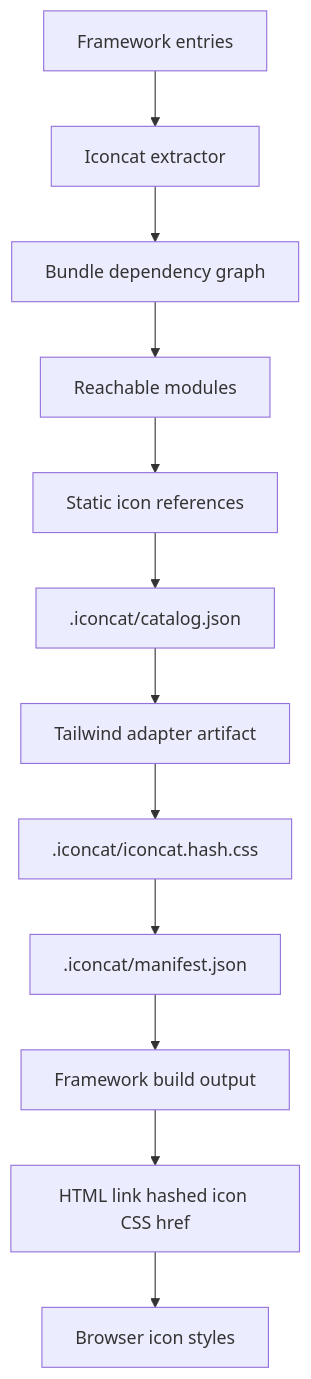
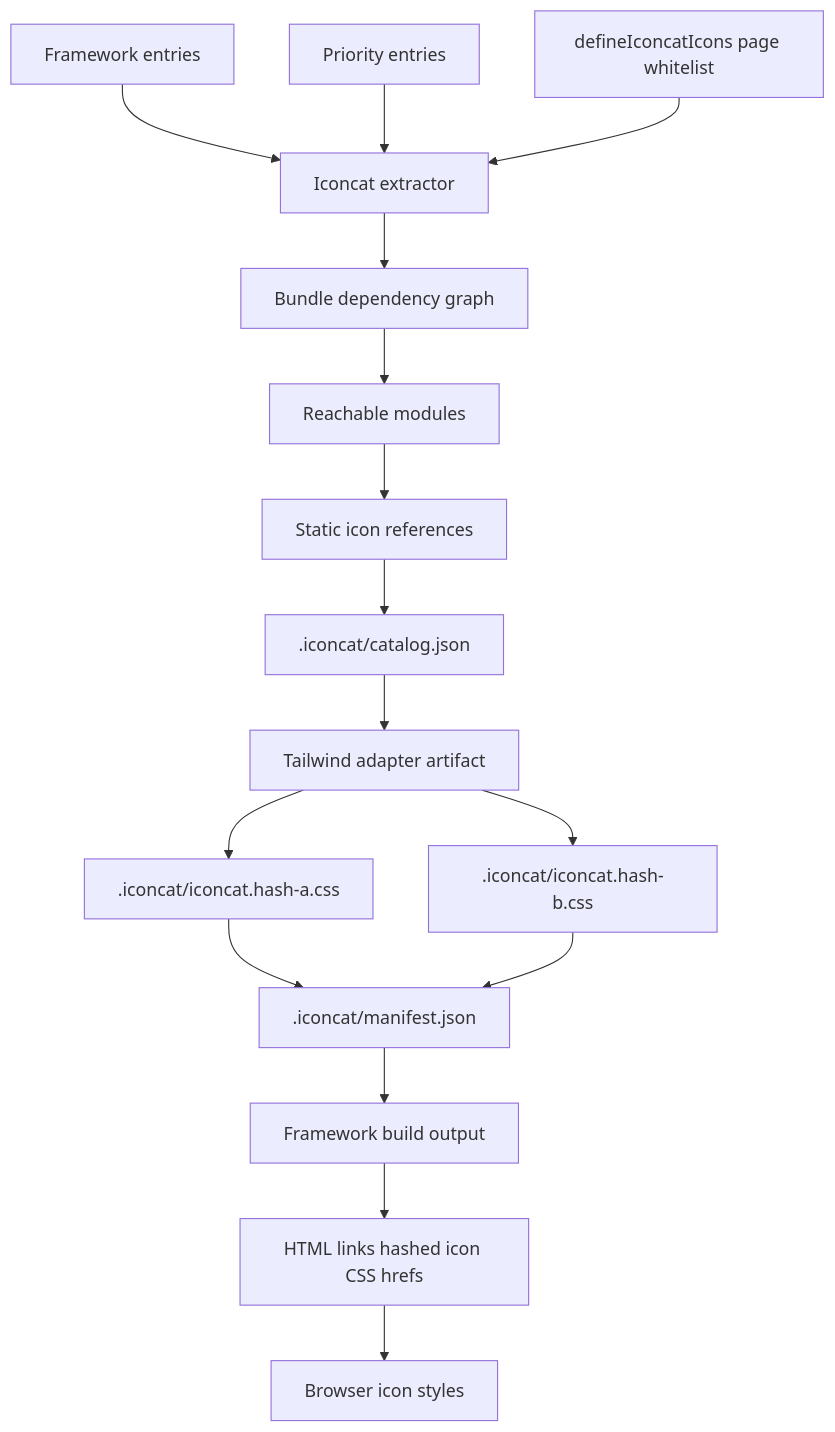
The first of 7 diagrams in docs/iconcat-flow.md (yunsii/tailwindcss-plugin-iconify), drawn with Mermaid before and after one commit. The commit also changed other lines of this file and 43 other files, not shown here.

First line of the commit message:
✨ feat(iconcat): 支持全局图标 CSS catalog 注入

````diff
--- a/docs/iconcat-flow.md
+++ b/docs/iconcat-flow.md
@@ -9,14 +9,18 @@
 ```mermaid
 flowchart TD
   A[Framework entries] --> B[Iconcat extractor]
+  A1[Priority entries] --> B
+  A2[defineIconcatIcons page whitelist] --> B
   B --> C[Bundle dependency graph]
   C --> D[Reachable modules]
   D --> E[Static icon references]
   E --> F[.iconcat/catalog.json]
   F --> G[Tailwind adapter artifact]
-  G --> H[.iconcat/iconcat.hash.css]
-  H --> I[.iconcat/manifest.json]
+  G --> H1[.iconcat/iconcat.hash-a.css]
+  G --> H2[.iconcat/iconcat.hash-b.css]
+  H1 --> I[.iconcat/manifest.json]
+  H2 --> I
   I --> J[Framework build output]
-  J --> K[HTML link hashed icon CSS href]
+  J --> K[HTML links hashed icon CSS hrefs]
   K --> L[Browser icon styles]
 ```
````
